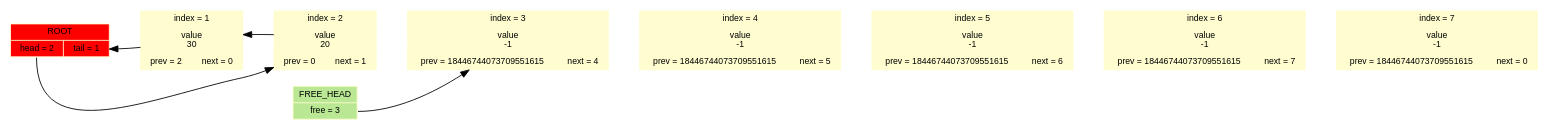
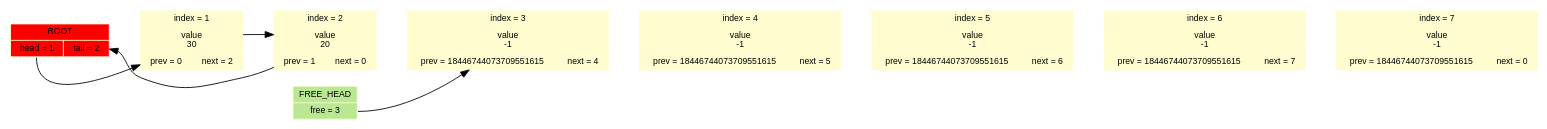
The diagram in log/dot/result_1.dot (aidenfmunro/HashTable), drawn with Graphviz before and after one commit. The commit also changed 15 other files, not shown here.

```diff
--- a/log/dot/result_1.dot
+++ b/log/dot/result_1.dot
@@ -1,18 +1,18 @@
   digraph
   {
   rankdir = LR;
   node [shape = record, color = "#fffdd0", fontname = helvetica, fontsize = 10];
   bgcolor = "#ffffff";
-  ROOT[style = "filled", fillcolor = "#ff0000",   label = "ROOT|{<head>head = 2|<tail>tail = 1}"];
+  ROOT[style = "filled", fillcolor = "#ff0000",   label = "ROOT|{<head>head = 1|<tail>tail = 2}"];
   FREE_HEAD[style = "filled", fillcolor = "#b9e793",   label = "FREE_HEAD|<free>free = 3"];
-  NODE_1[style = "filled", fillcolor = "#fffdd0",   label = "index = 1|value\n30|{prev = 2|next = 0}"];
-  NODE_2[style = "filled", fillcolor = "#fffdd0",   label = "index = 2|value\n20|{prev = 0|next = 1}"];
+  NODE_1[style = "filled", fillcolor = "#fffdd0",   label = "index = 1|value\n30|{prev = 0|next = 2}"];
+  NODE_2[style = "filled", fillcolor = "#fffdd0",   label = "index = 2|value\n20|{prev = 1|next = 0}"];
   NODE_3[style = "filled", fillcolor = "#fffdd0",   label = "index = 3|value\n-1|{prev = 18446744073709551615|next = 4}"];
   NODE_4[style = "filled", fillcolor = "#fffdd0",   label = "index = 4|value\n-1|{prev = 18446744073709551615|next = 5}"];
   NODE_5[style = "filled", fillcolor = "#fffdd0",   label = "index = 5|value\n-1|{prev = 18446744073709551615|next = 6}"];
   NODE_6[style = "filled", fillcolor = "#fffdd0",   label = "index = 6|value\n-1|{prev = 18446744073709551615|next = 7}"];
   NODE_7[style = "filled", fillcolor = "#fffdd0",   label = "index = 7|value\n-1|{prev = 18446744073709551615|next = 0}"];
 ROOT->NODE_1->NODE_2->NODE_3->NODE_4->NODE_5->NODE_6->NODE_7 [weight = 100000, color = "#ffffff"];
-ROOT:head->NODE_2->NODE_1->ROOT:tail;
+ROOT:head->NODE_1->NODE_2->ROOT:tail;
 FREE_HEAD:free->NODE_3;
   }
```
